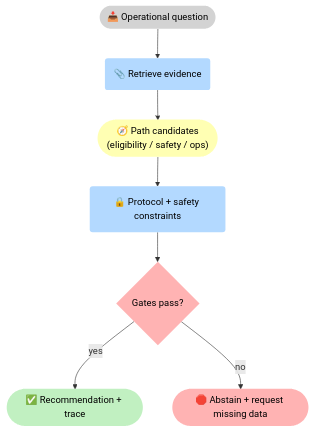
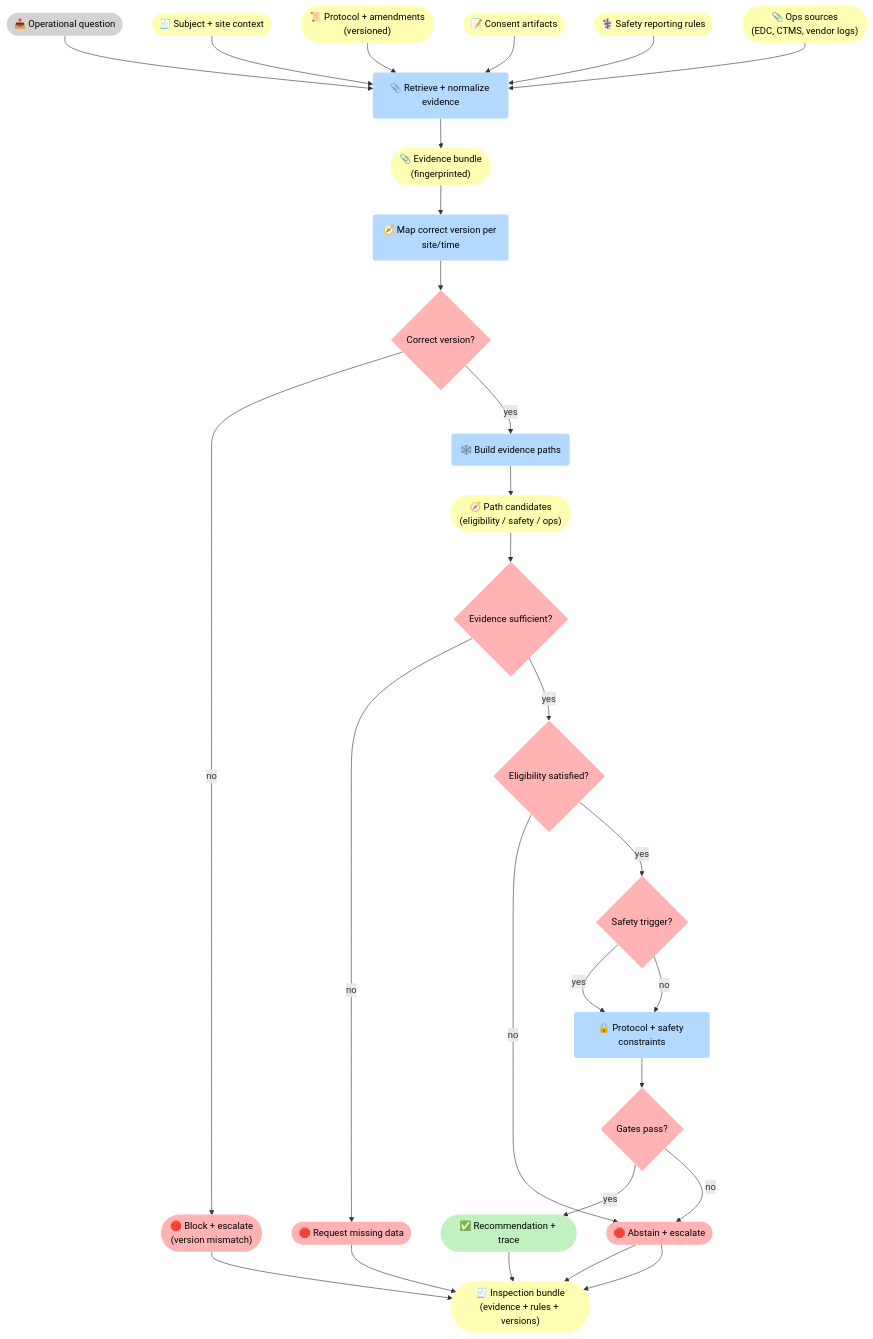
The first of 3 diagrams in docs/case-studies/pharma-clinical-ops.md (5Reasons/5reasons.github.io), drawn with Mermaid before and after one commit. The commit also changed other lines of this file and 8 other files, not shown here.

First line of the commit message:
Enhance case studies with detailed flowcharts and explicit gates

````diff
--- a/docs/case-studies/pharma-clinical-ops.md
+++ b/docs/case-studies/pharma-clinical-ops.md
@@ -62,25 +62,67 @@
 ```mermaid
 flowchart TB
 %% Styles (brModel Standard)
 classDef i fill:#D3D3D3,stroke-width:0px,color:#000;
 classDef p fill:#B3D9FF,stroke-width:0px,color:#000;
 classDef r fill:#FFFFB3,stroke-width:0px,color:#000;
 classDef o fill:#C1F0C1,stroke-width:0px,color:#000;
 classDef s fill:#FFB3B3,stroke-width:0px,color:#000;
 
 I_Q(["📥 Operational question"]):::i
-P_E("📎 Retrieve evidence"):::p
+
+R_Sub(["🧾 Subject + site context"]):::r
+R_Prot(["📜 Protocol + amendments<br>(versioned)"]):::r
+R_Cons(["📝 Consent artifacts"]):::r
+R_Safety(["⚕️ Safety reporting rules"]):::r
+R_Ops(["📎 Ops sources<br>(EDC, CTMS, vendor logs)"]):::r
+
+P_E("📎 Retrieve + normalize evidence"):::p
+R_EB(["📎 Evidence bundle<br>(fingerprinted)"]):::r
+
+P_Map("🧭 Map correct version per site/time"):::p
+G_Ver{"Correct version?"}:::s
+S_Stop(["🛑 Block + escalate<br>(version mismatch)"]):::s
+
+P_Path("🕸️ Build evidence paths"):::p
 R_Path(["🧭 Path candidates<br>(eligibility / safety / ops)"]):::r
+G_Ev{"Evidence sufficient?"}:::s
+S_Req(["🛑 Request missing data"]):::s
+
+G_Elig{"Eligibility satisfied?"}:::s
+G_SAE{"Safety trigger?"}:::s
+
 P_G("🔒 Protocol + safety constraints"):::p
 G_OK{"Gates pass?"}:::s
+
 O_O(["✅ Recommendation + trace"]):::o
-S_X(["🛑 Abstain + request missing data"]):::s
+S_X(["🛑 Abstain + escalate"]):::s
+R_Tr(["🧾 Inspection bundle<br>(evidence + rules + versions)"]):::r
 
-I_Q --> P_E --> R_Path --> P_G --> G_OK
-G_OK -->|"yes"| O_O
-G_OK -->|"no"| S_X
+I_Q --> P_E
+R_Sub --> P_E
+R_Prot --> P_E
+R_Cons --> P_E
+R_Safety --> P_E
+R_Ops --> P_E
+
+P_E --> R_EB --> P_Map --> G_Ver
+G_Ver -->|"no"| S_Stop --> R_Tr
+G_Ver -->|"yes"| P_Path --> R_Path --> G_Ev
+
+G_Ev -->|"no"| S_Req --> R_Tr
+G_Ev -->|"yes"| G_Elig
+
+G_Elig -->|"no"| S_X --> R_Tr
+G_Elig -->|"yes"| G_SAE
+
+G_SAE -->|"yes"| P_G
+G_SAE -->|"no"| P_G
+
+P_G --> G_OK
+G_OK -->|"yes"| O_O --> R_Tr
+G_OK -->|"no"| S_X --> R_Tr
 
 %% Clickable nodes
 click P_G "/methodology/constraints/" "Constraints & SHACL"
 click R_Path "/methodology/causalgraphrag/" "CausalGraphRAG"
 ```
````
